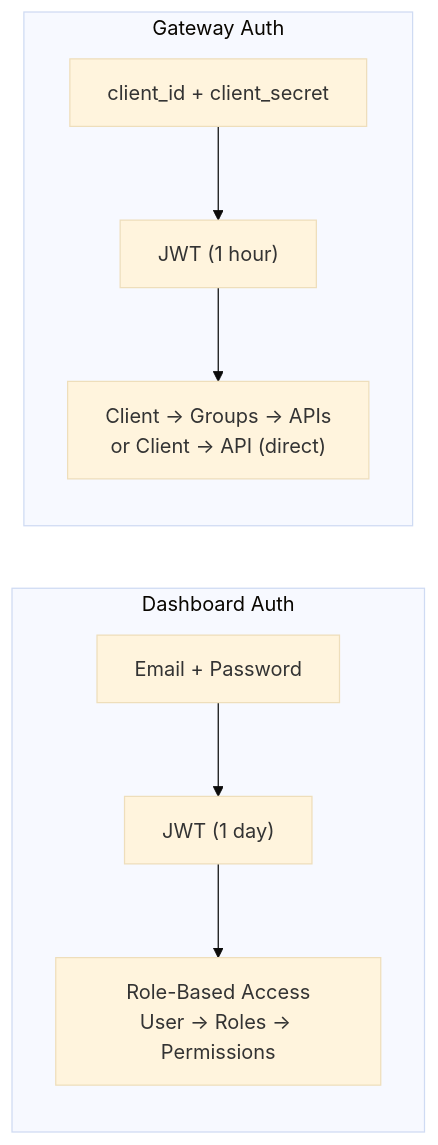
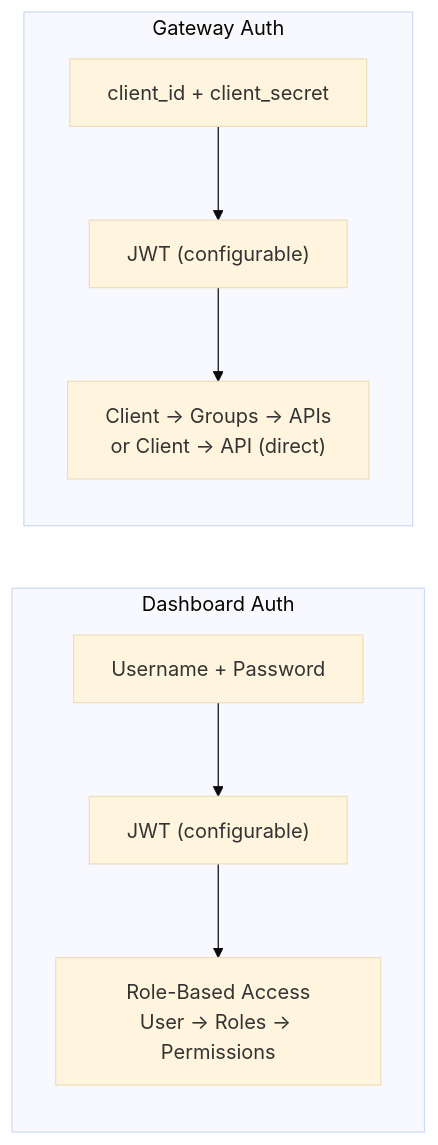
Before and after one commit to viethqb/pydbapi: the seventh of 7 diagrams in docs/ARCHITECTURE.md, drawn with Mermaid (base theme). The commit also changed other lines of this file and 10 other files, not shown here.

````diff
--- a/docs/ARCHITECTURE.md
+++ b/docs/ARCHITECTURE.md
@@ -471,17 +496,17 @@
 ```mermaid
 graph LR
     subgraph "Dashboard Auth"
-        Login["Email + Password"]
-        JWT_D["JWT (1 day)"]
+        Login["Username + Password"]
+        JWT_D["JWT (configurable)"]
         RBAC["Role-Based Access<br/>User → Roles → Permissions"]
     end
 
     subgraph "Gateway Auth"
         ClientCreds["client_id + client_secret"]
-        JWT_G["JWT (1 hour)"]
+        JWT_G["JWT (configurable)"]
         ClientAccess["Client → Groups → APIs<br/>or Client → API (direct)"]
     end
 
     Login --> JWT_D --> RBAC
     ClientCreds --> JWT_G --> ClientAccess
 ```
````
